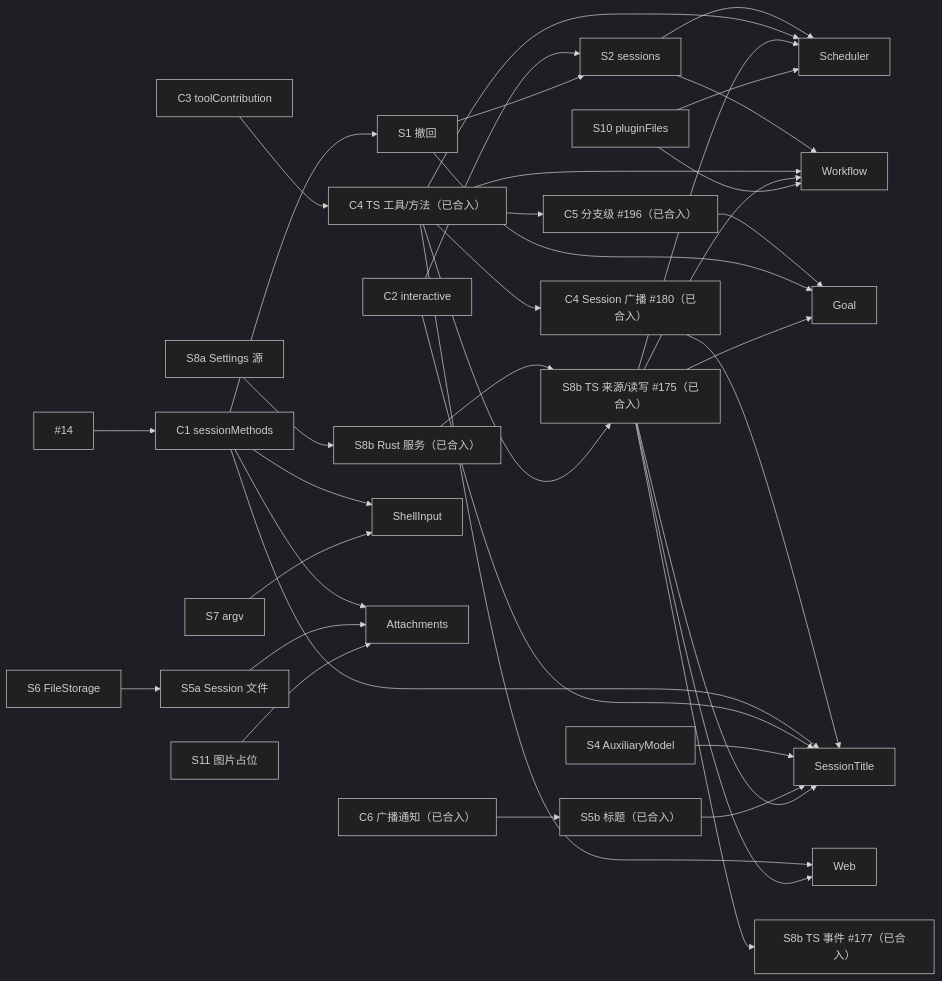
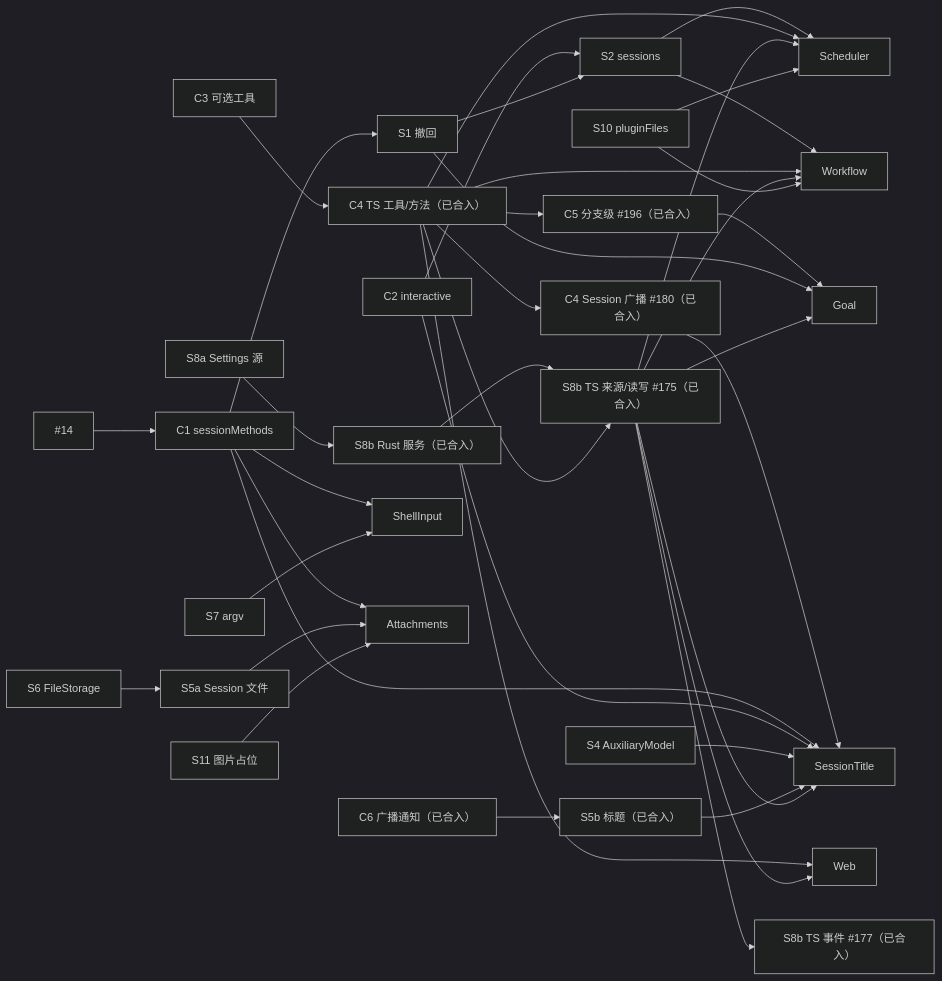
One commit to CoutinhoTTS/dim-agent changed the diagram in docs/design/roadmap.md. Above: the diagram before and after it, drawn with Mermaid (dark theme). The commit also changed other lines of this file and 101 other files, not shown here.

````diff
--- a/docs/design/roadmap.md
+++ b/docs/design/roadmap.md
@@ -195,38 +195,38 @@
 ```mermaid
 flowchart LR
   PR14["#14"] --> C1["C1 sessionMethods"]
-  C3["C3 toolContribution"] --> C4["C4 TS 工具/方法（已合入）"] --> C5["C5 分支级 #196（已合入）"]
+  C3["C3 可选工具"] --> C4["C4 TS 工具/方法（已合入）"] --> C5["C5 分支级 #196（已合入）"]
   C1 --> S1["S1 撤回"]
   C2["C2 interactive"] --> S2["S2 sessions"]
   S1 --> S2
   C6["C6 广播通知（已合入）"] --> S5b["S5b 标题（已合入）"]
   S6["S6 FileStorage"] --> S5a["S5a Session 文件"]
 
   C1 --> SH["ShellInput"]
   S7["S7 argv"] --> SH
   C1 --> AT["Attachments"]
   S5a --> AT
   S11["S11 图片占位"] --> AT
   C4 --> WEB["Web"]
   S8a["S8a Settings 源"] --> S8bRust["S8b Rust 服务（已合入）"] --> S8b["S8b TS 来源/读写 #175（已合入）"]
   C4 --> S8b
   S8b --> S8bEvents["S8b TS 事件 #177（已合入）"]
   S8b --> WEB
   C4 --> Broadcast["C4 Session 广播 #180（已合入）"] --> ST["SessionTitle"]
   C1 --> ST
   C2 --> ST
   S4["S4 AuxiliaryModel"] --> ST
   S5b --> ST
   S8b --> ST
   C5 --> GO["Goal"]
   S1 --> GO
   S8b --> GO
   S2 --> SC["Scheduler"]
   S2 --> WF["Workflow"]
   C4 --> SC
   C4 --> WF
   S8b --> SC
   S8b --> WF
   S10["S10 pluginFiles"] --> SC
   S10 --> WF
 ```
````
